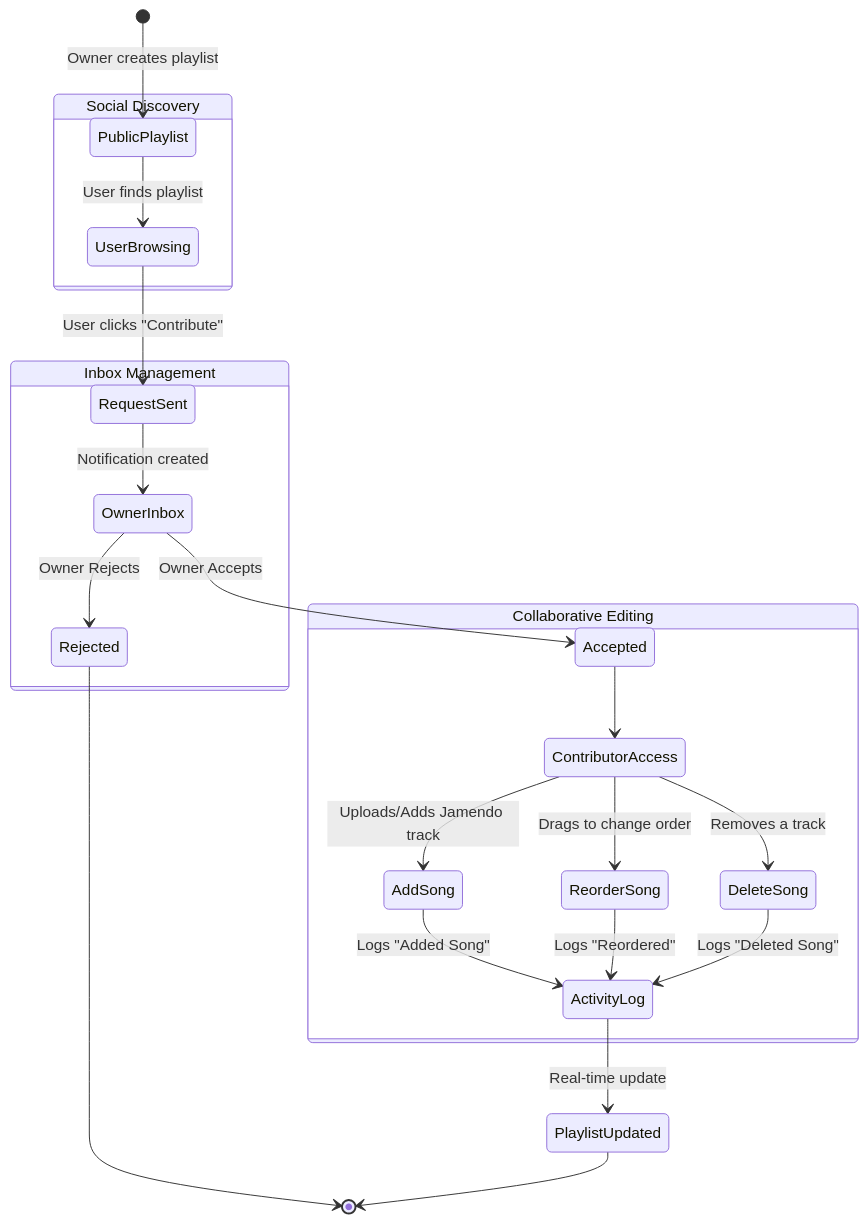
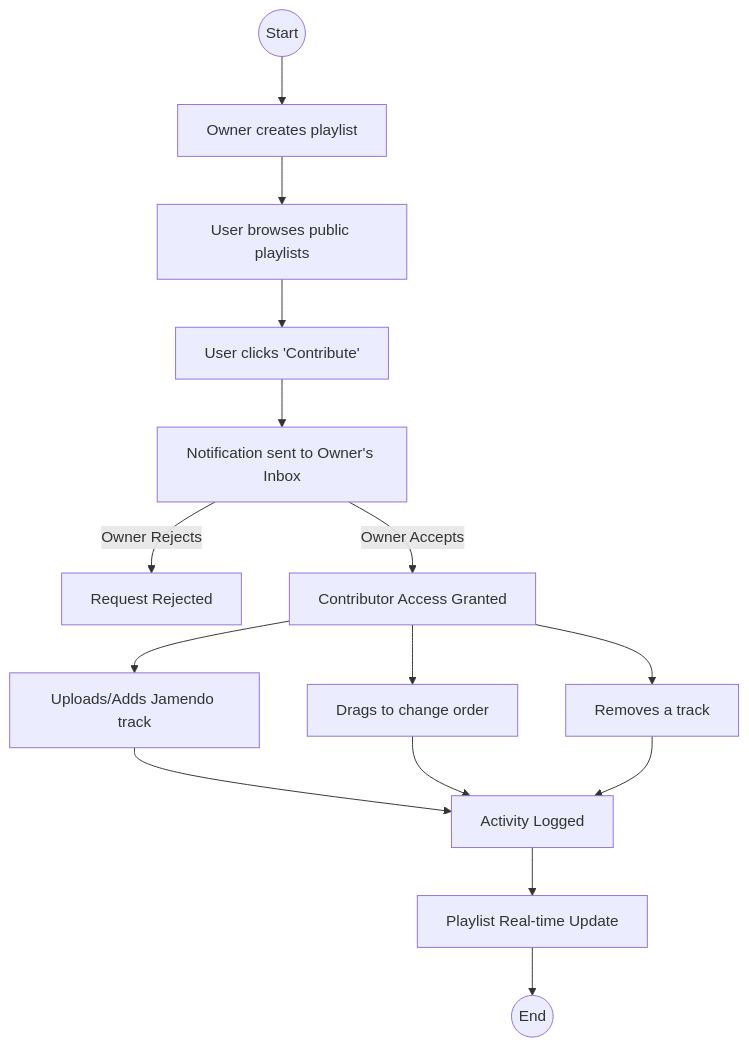
Before and after one commit to masked-byte18/Moody-Player: the third of 4 diagrams in README.md, drawn with Mermaid. The commit also changed other lines of this file, not shown here.

````diff
--- a/README.md
+++ b/README.md
@@ -92,31 +115,21 @@
 ```mermaid
-stateDiagram-v2
-    [*] --> PublicPlaylist: Owner creates playlist
+flowchart TD
+    Start((Start)) --> Owner[Owner creates playlist]
+    Owner --> Discovery[User browses public playlists]
+    Discovery --> Request[User clicks 'Contribute']
     
-    state "Social Discovery" as SD {
-        PublicPlaylist --> UserBrowsing: User finds playlist
-        UserBrowsing --> RequestSent: User clicks "Contribute"
-    }
+    Request --> Inbox[Notification sent to Owner's Inbox]
+    Inbox -->|Owner Rejects| Rejected[Request Rejected]
+    Inbox -->|Owner Accepts| Accepted[Contributor Access Granted]
     
-    state "Inbox Management" as IM {
-        RequestSent --> OwnerInbox: Notification created
-        OwnerInbox --> Rejected: Owner Rejects
-        OwnerInbox --> Accepted: Owner Accepts
-    }
+    Accepted --> Action1[Uploads/Adds Jamendo track]
+    Accepted --> Action2[Drags to change order]
+    Accepted --> Action3[Removes a track]
     
-    Rejected --> [*]
+    Action1 --> Log[Activity Logged]
+    Action2 --> Log
+    Action3 --> Log
     
-    state "Collaborative Editing" as CE {
-        Accepted --> ContributorAccess
-        ContributorAccess --> AddSong: Uploads/Adds Jamendo track
-        ContributorAccess --> ReorderSong: Drags to change order
-        ContributorAccess --> DeleteSong: Removes a track
-        
-        AddSong --> ActivityLog: Logs "Added Song"
-        ReorderSong --> ActivityLog: Logs "Reordered"
-        DeleteSong --> ActivityLog: Logs "Deleted Song"
-    }
-    
-    ActivityLog --> PlaylistUpdated: Real-time update
-    PlaylistUpdated --> [*]
+    Log --> Update[Playlist Real-time Update]
+    Update --> End((End))
 ```
````
